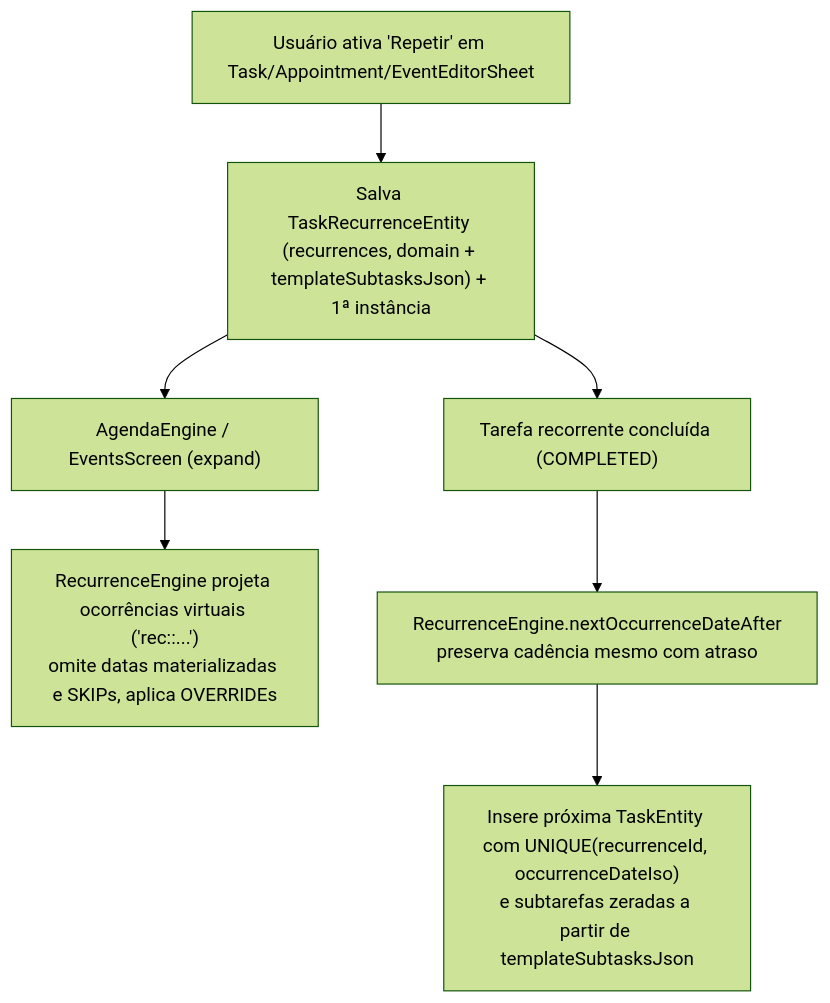
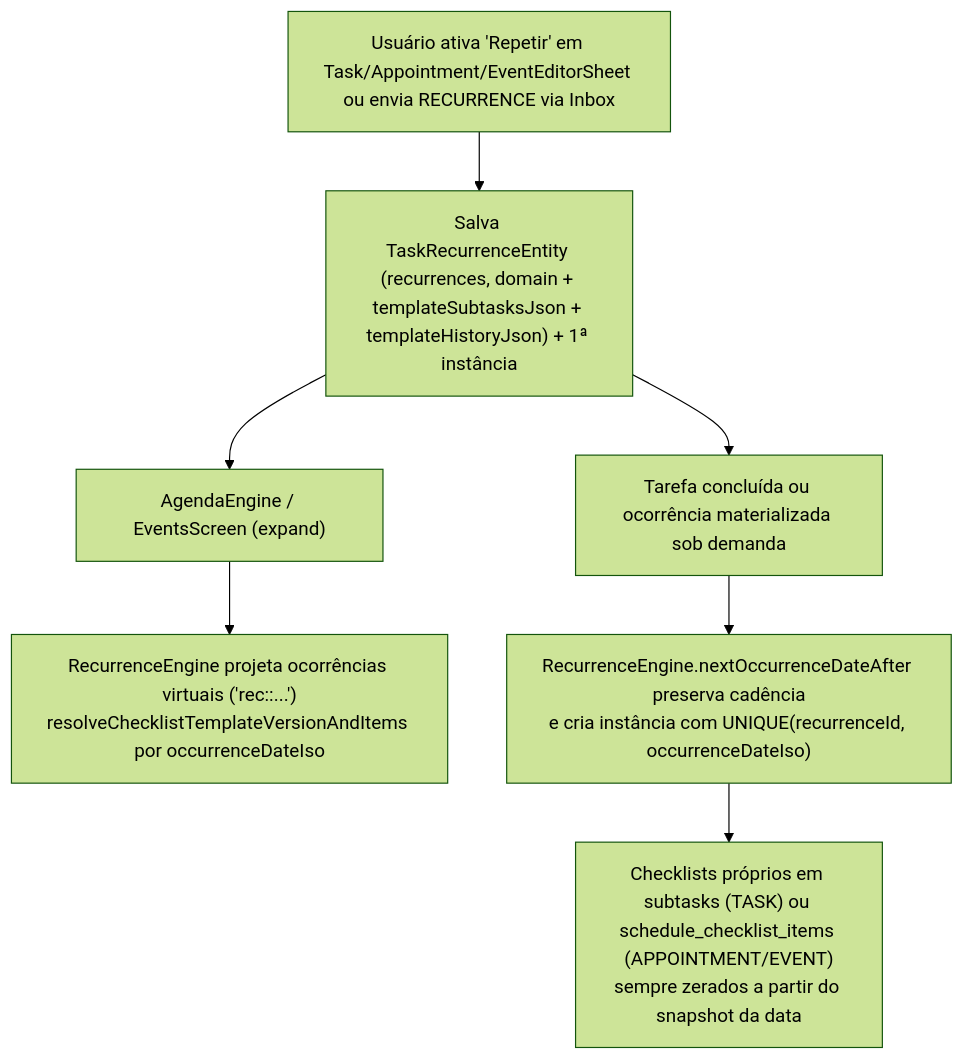
One commit to enzonunezmachado/PROJETO-NEXUS- changed the first of 2 diagrams in docs/05_FLUXOS_COMPORTAMENTOS.md. Above: the diagram before and after it, drawn with Mermaid (forest theme). The commit also changed other lines of this file and 51 other files, not shown here.

First line of the commit message:
feat(backup): add support for schedule checklist items

````diff
--- a/docs/05_FLUXOS_COMPORTAMENTOS.md
+++ b/docs/05_FLUXOS_COMPORTAMENTOS.md
@@ -44,9 +44,9 @@
 ```mermaid
 flowchart TD
-    A["Usuário ativa 'Repetir' em Task/Appointment/EventEditorSheet"] --> B["Salva TaskRecurrenceEntity (recurrences, domain + templateSubtasksJson) + 1ª instância"]
+    A["Usuário ativa 'Repetir' em Task/Appointment/EventEditorSheet ou envia RECURRENCE via Inbox"] --> B["Salva TaskRecurrenceEntity (recurrences, domain + templateSubtasksJson + templateHistoryJson) + 1ª instância"]
     B --> C["AgendaEngine / EventsScreen (expand)"]
-    C --> D["RecurrenceEngine projeta ocorrências virtuais ('rec::...')<br/>omite datas materializadas e SKIPs, aplica OVERRIDEs"]
-    B --> E["Tarefa recorrente concluída (COMPLETED)"]
-    E --> F["RecurrenceEngine.nextOccurrenceDateAfter<br/>preserva cadência mesmo com atraso"]
-    F --> G["Insere próxima TaskEntity com UNIQUE(recurrenceId, occurrenceDateIso)<br/>e subtarefas zeradas a partir de templateSubtasksJson"]
+    C --> D["RecurrenceEngine projeta ocorrências virtuais ('rec::...')<br/>resolveChecklistTemplateVersionAndItems por occurrenceDateIso"]
+    B --> E["Tarefa concluída ou ocorrência materializada sob demanda"]
+    E --> F["RecurrenceEngine.nextOccurrenceDateAfter preserva cadência<br/>e cria instância com UNIQUE(recurrenceId, occurrenceDateIso)"]
+    F --> G["Checklists próprios em subtasks (TASK) ou schedule_checklist_items (APPOINTMENT/EVENT)<br/>sempre zerados a partir do snapshot da data"]
 ```
````
